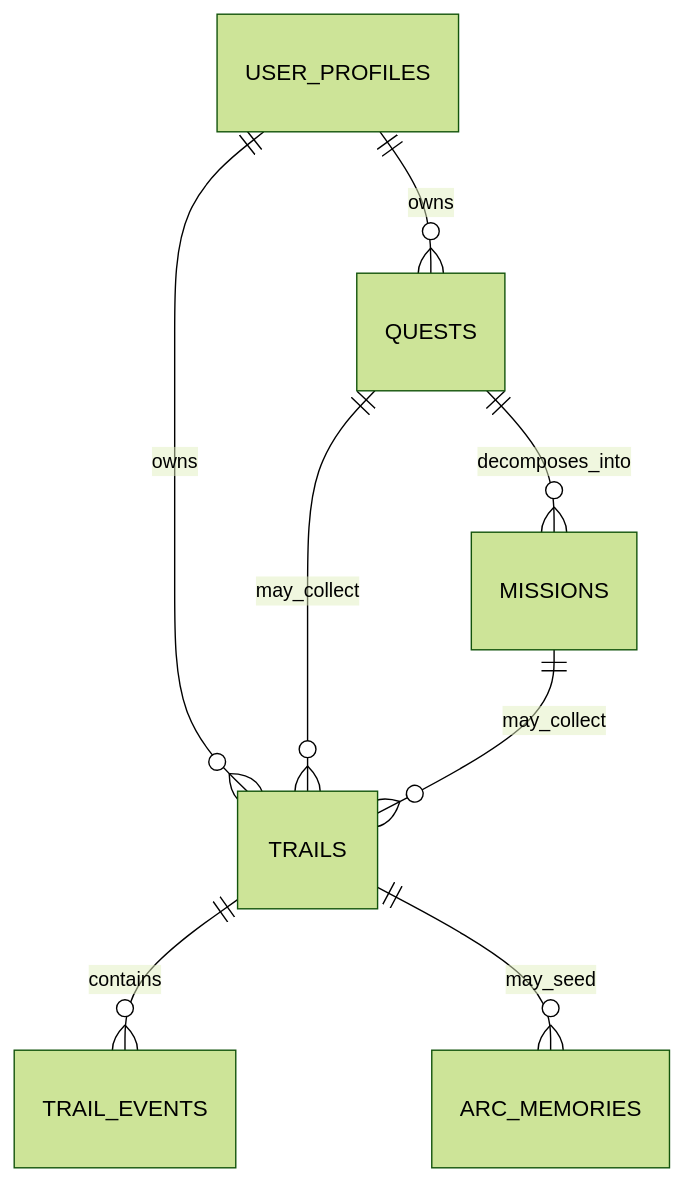
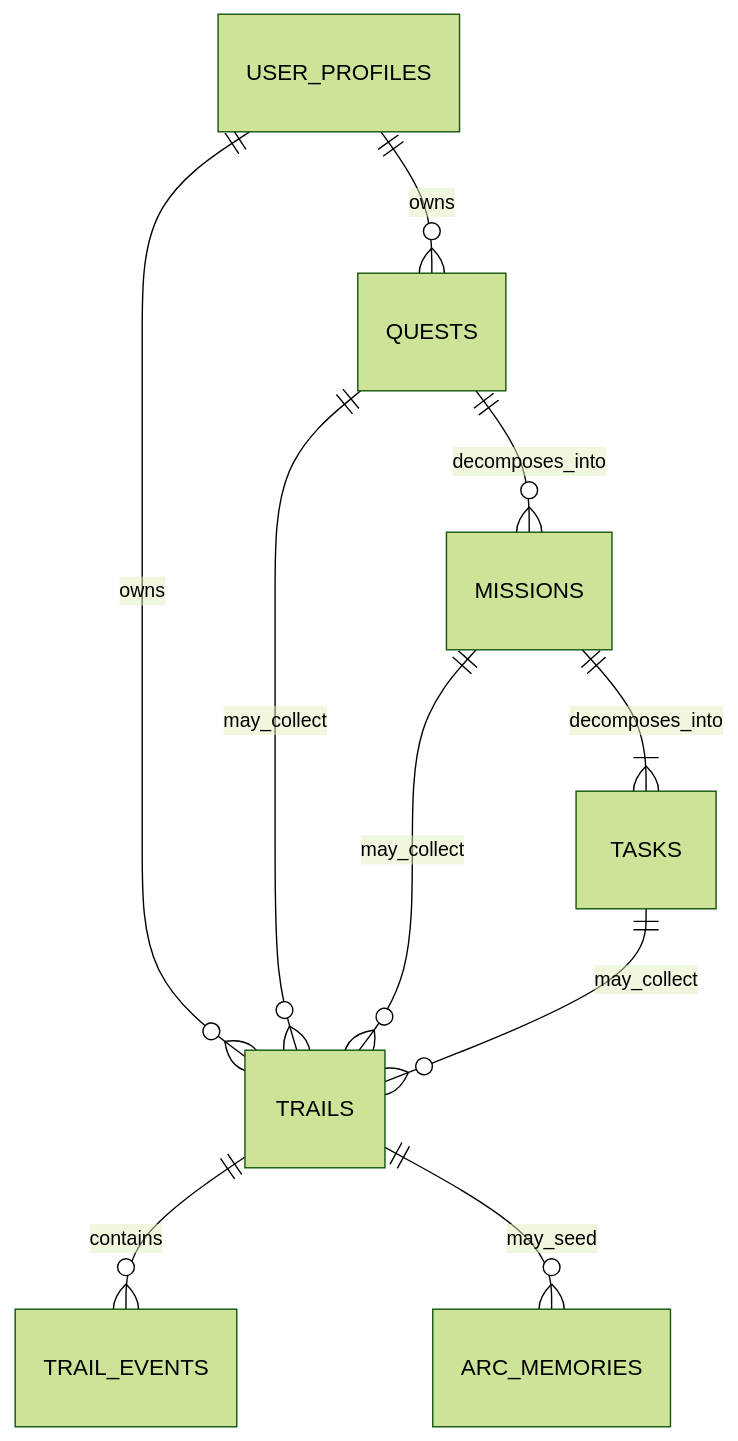
The diagram in docs/architecture/quest-mission-trail.md (Shinta0318/Questra), drawn with Mermaid (forest theme) before and after one commit. The commit also changed other lines of this file and 302 other files, not shown here.

````diff
--- a/docs/architecture/quest-mission-trail.md
+++ b/docs/architecture/quest-mission-trail.md
@@ -15,10 +27,12 @@
 ```mermaid
 erDiagram
   USER_PROFILES ||--o{ QUESTS : owns
   USER_PROFILES ||--o{ TRAILS : owns
   QUESTS ||--o{ MISSIONS : decomposes_into
+  MISSIONS ||--|{ TASKS : decomposes_into
   QUESTS ||--o{ TRAILS : may_collect
   MISSIONS ||--o{ TRAILS : may_collect
+  TASKS ||--o{ TRAILS : may_collect
   TRAILS ||--o{ TRAIL_EVENTS : contains
   TRAILS ||--o{ ARC_MEMORIES : may_seed
 ```
````
